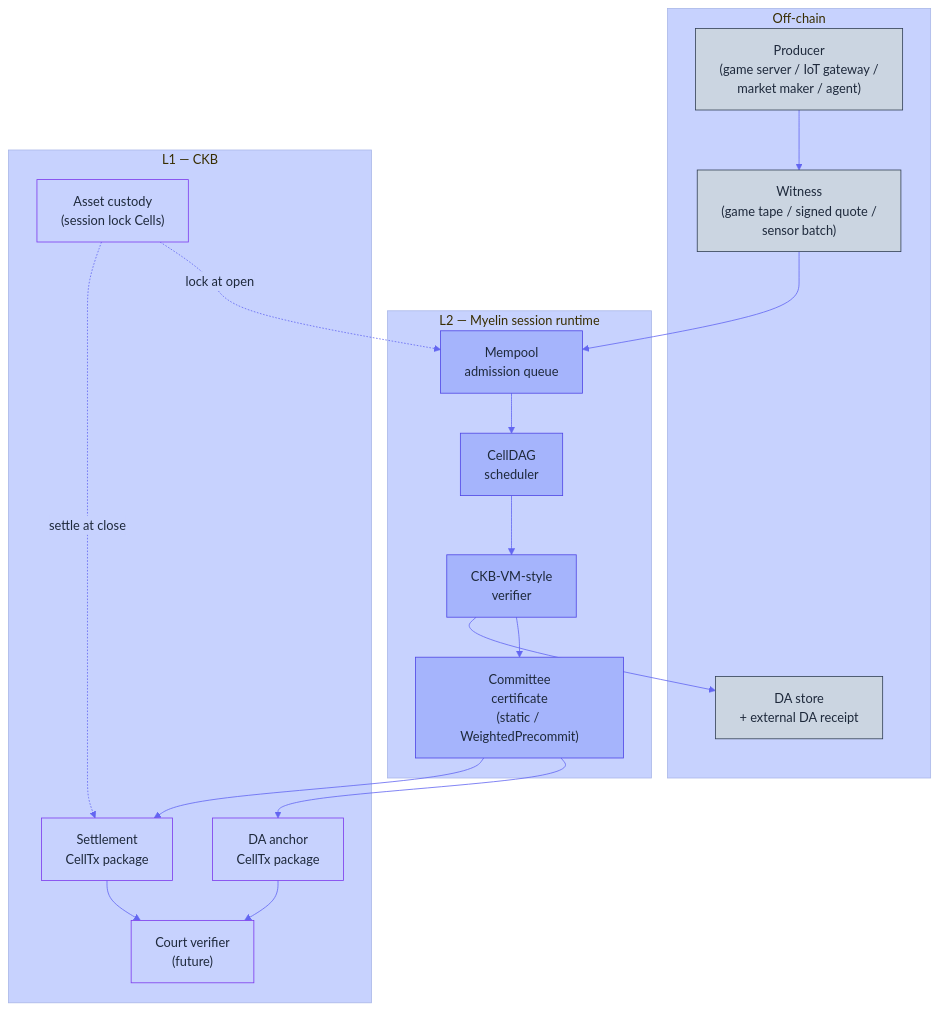
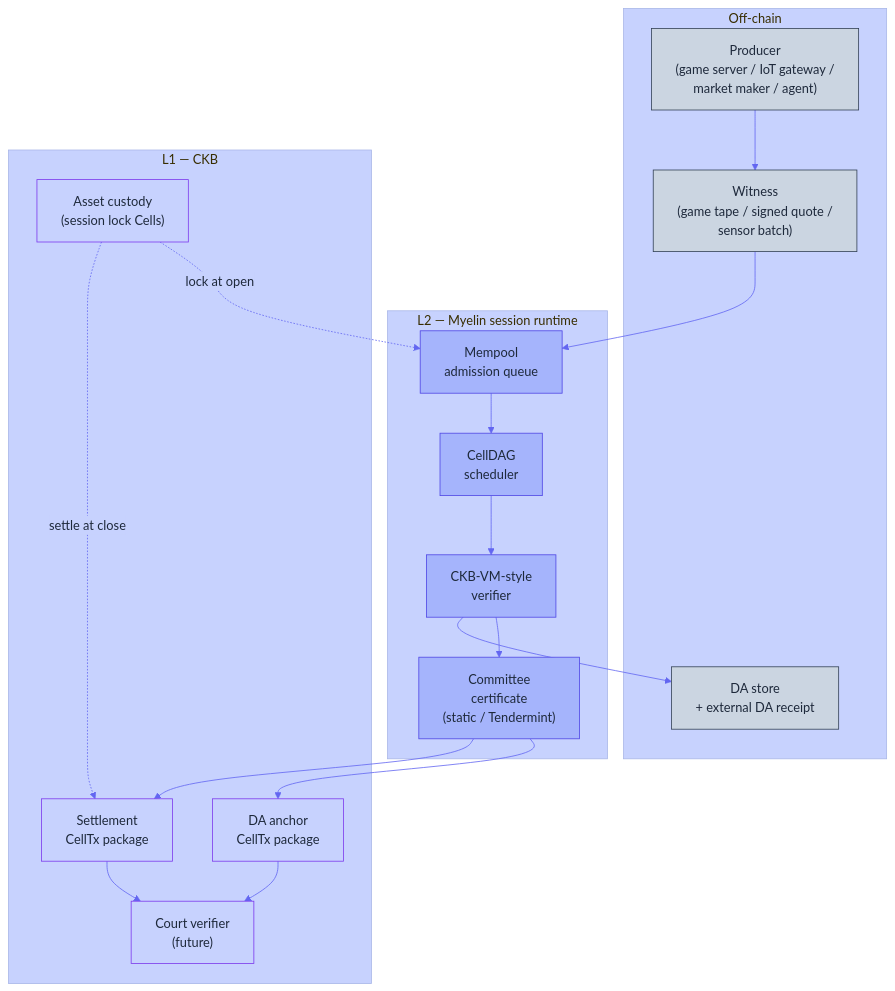
One commit to Myelin-Labs/Myelin changed the diagram in docs/interactions/index.md. Above: the diagram before and after it, drawn with Mermaid. The commit also changed 34 other files, not shown here.

````diff
--- a/docs/interactions/index.md
+++ b/docs/interactions/index.md
@@ -26,45 +26,45 @@
 ```mermaid
 %%{init: {
   "theme": "base",
   "themeVariables": {
     "primaryColor": "#A5B4FC",
     "primaryTextColor": "#1E293B",
     "primaryBorderColor": "#4F46E5",
     "lineColor": "#6366F1",
     "secondaryColor": "#C7D2FE",
     "tertiaryColor": "#C7D2FE"
   }
 }}%%
 flowchart TB
     subgraph OFF["Off-chain"]
         P["Producer<br/>(game server / IoT gateway /<br/>market maker / agent)"]:::off
         W["Witness<br/>(game tape / signed quote /<br/>sensor batch)"]:::off
         D["DA store<br/>+ external DA receipt"]:::off
     end
     subgraph L2["L2 — Myelin session runtime"]
         M["Mempool<br/>admission queue"]:::l2
         S["CellDAG<br/>scheduler"]:::l2
         V["CKB-VM-style<br/>verifier"]:::l2
-        C["Committee<br/>certificate<br/>(static / WeightedPrecommit)"]:::l2
+        C["Committee<br/>certificate<br/>(static / Tendermint)"]:::l2
     end
     subgraph L1["L1 — CKB"]
         A["Asset custody<br/>(session lock Cells)"]:::l1
         E["DA anchor<br/>CellTx package"]:::l1
         S2["Settlement<br/>CellTx package"]:::l1
         CT["Court verifier<br/>(future)"]:::l1
     end
 
     P --> W --> M
     M --> S --> V --> C
     V --> D
     C --> E
     C --> S2
     A -.->|lock at open| M
     A -.->|settle at close| S2
     E --> CT
     S2 --> CT
 
     classDef off fill:#CBD5E1,stroke:#334155,color:#1E293B;
     classDef l2  fill:#A5B4FC,stroke:#4F46E5,color:#1E293B;
     classDef l1  fill:#C7D2FE,stroke:#7C3AED,color:#1E293B;
 ```
````
